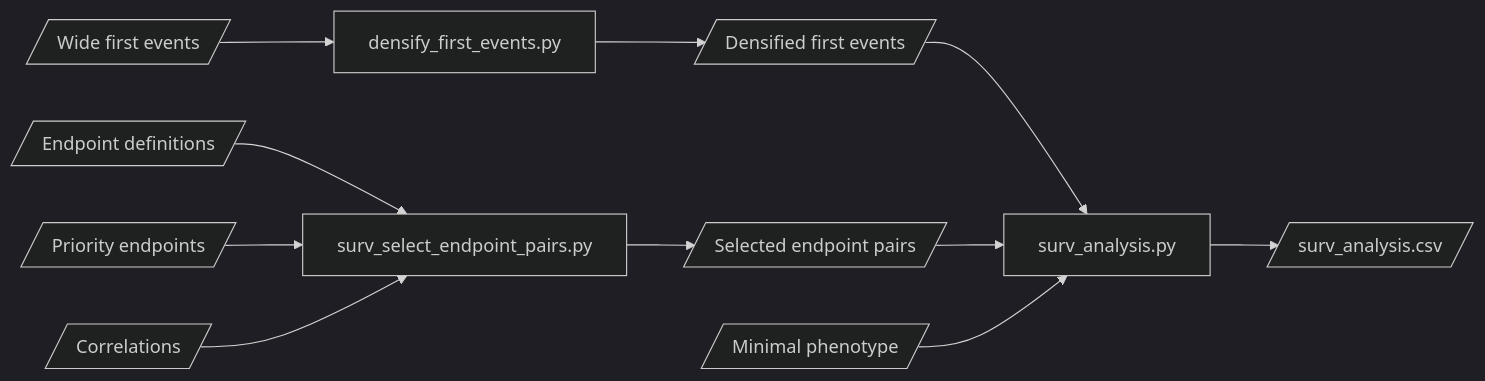
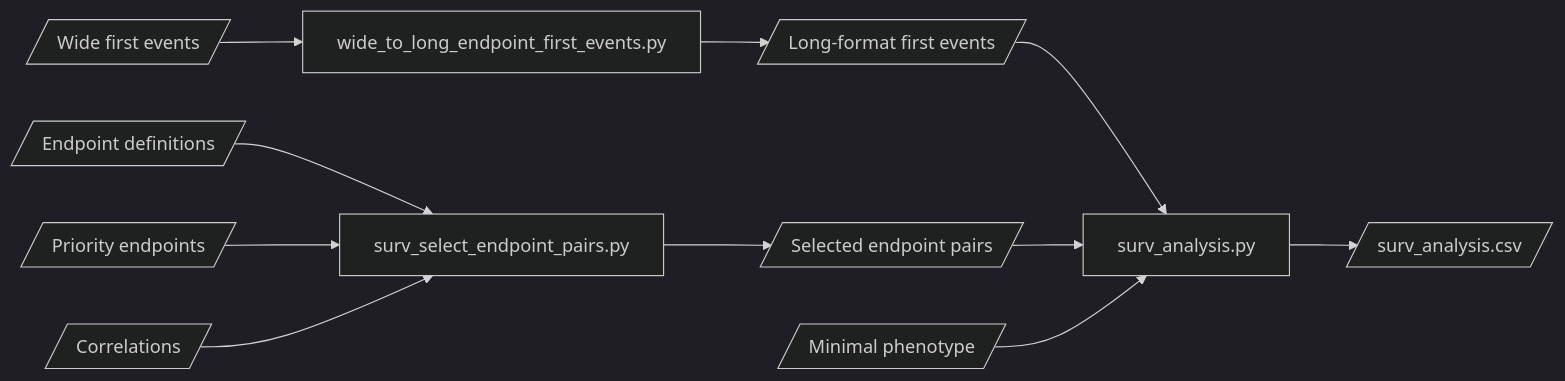
One commit to dsgelab/risteys changed the fifth of 6 diagrams in pipeline/README.md. Above: the diagram before and after it, drawn with Mermaid (dark theme). The commit also changed other lines of this file and 6 other files, not shown here.

Commit message:
pipe: rename densify script to wide_to_long_...

````diff
--- a/pipeline/README.md
+++ b/pipeline/README.md
@@ -146,13 +146,13 @@
 ```mermaid
   graph LR;
     id1[/Endpoint definitions/] --> surv_select_endpoint_pairs.py
     id2[/Priority endpoints/] --> surv_select_endpoint_pairs.py
     id3[/Correlations/] --> surv_select_endpoint_pairs.py
-    id4[/Wide first events/] --> densify_first_events.py
-    densify_first_events.py --> id6[/Densified first events/]
+    id4[/Wide first events/] --> wide_to_long_endpoint_first_events.py
+    wide_to_long_endpoint_first_events.py --> id6[/Long-format first events/]
     surv_select_endpoint_pairs.py --> id7[/Selected endpoint pairs/]
     id6 --> surv_analysis.py
     id7 --> surv_analysis.py
     id8[/Minimal phenotype/] --> surv_analysis.py
     surv_analysis.py --> id5[/surv_analysis.csv/]
 ```
````
